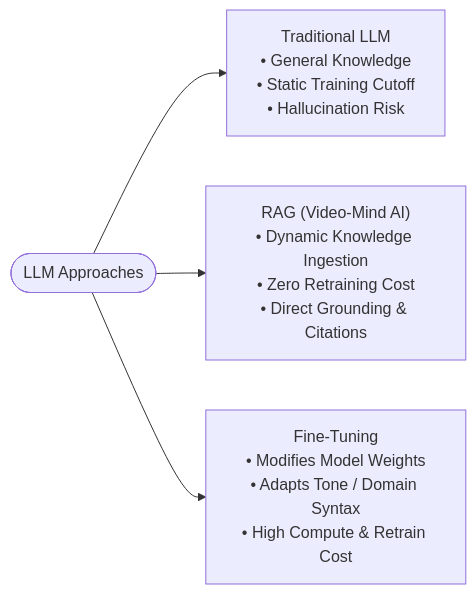
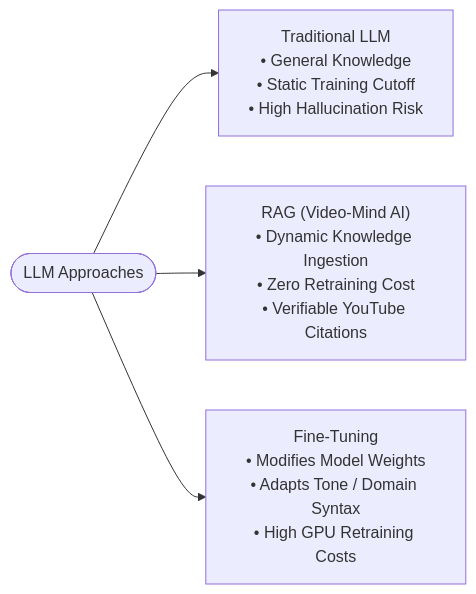
Before and after one commit to rohithgowda18/Notes: the third of 3 diagrams in 09-Projects/YT_ChatBot - RAG Video-Mind AI Revision.md, drawn with Mermaid. The commit also changed other lines of this file, not shown here.

````diff
--- a/09-Projects/YT_ChatBot - RAG Video-Mind AI Revision.md
+++ b/09-Projects/YT_ChatBot - RAG Video-Mind AI Revision.md
@@ -147,8 +206,8 @@
 ```mermaid
 flowchart LR
     Root(["LLM Approaches"])
 
-    Root --> Traditional["Traditional LLM<br/>• General Knowledge<br/>• Static Training Cutoff<br/>• Hallucination Risk"]
-    Root --> RAG["RAG (Video-Mind AI)<br/>• Dynamic Knowledge Ingestion<br/>• Zero Retraining Cost<br/>• Direct Grounding & Citations"]
-    Root --> FineTuning["Fine-Tuning<br/>• Modifies Model Weights<br/>• Adapts Tone / Domain Syntax<br/>• High Compute & Retrain Cost"]
+    Root --> Traditional["Traditional LLM<br/>• General Knowledge<br/>• Static Training Cutoff<br/>• High Hallucination Risk"]
+    Root --> RAG["RAG (Video-Mind AI)<br/>• Dynamic Knowledge Ingestion<br/>• Zero Retraining Cost<br/>• Verifiable YouTube Citations"]
+    Root --> FineTuning["Fine-Tuning<br/>• Modifies Model Weights<br/>• Adapts Tone / Domain Syntax<br/>• High GPU Retraining Costs"]
 ```
````
